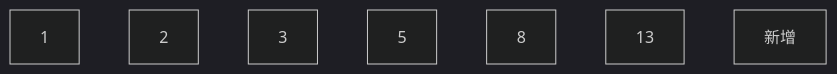
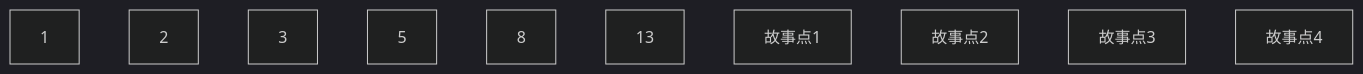
The diagram in doc/成本估算-用户故事.md (OWALabuy/heresy), drawn with Mermaid (dark theme) before and after one commit. The commit also changed other lines of this file, not shown here.

````diff
--- a/doc/成本估算-用户故事.md
+++ b/doc/成本估算-用户故事.md
@@ -5,13 +14,17 @@
 ```mermaid
 flowchart TD
 
 id1[1]
 id2[2]
 id3[3]
 id4[5]
 id5[8]
 id6[13]
 
-id7[新增]
+id7[故事点1]
+id8[故事点2]
+id9[故事点3]
+id10[故事点4]
+
 
 ```
````
